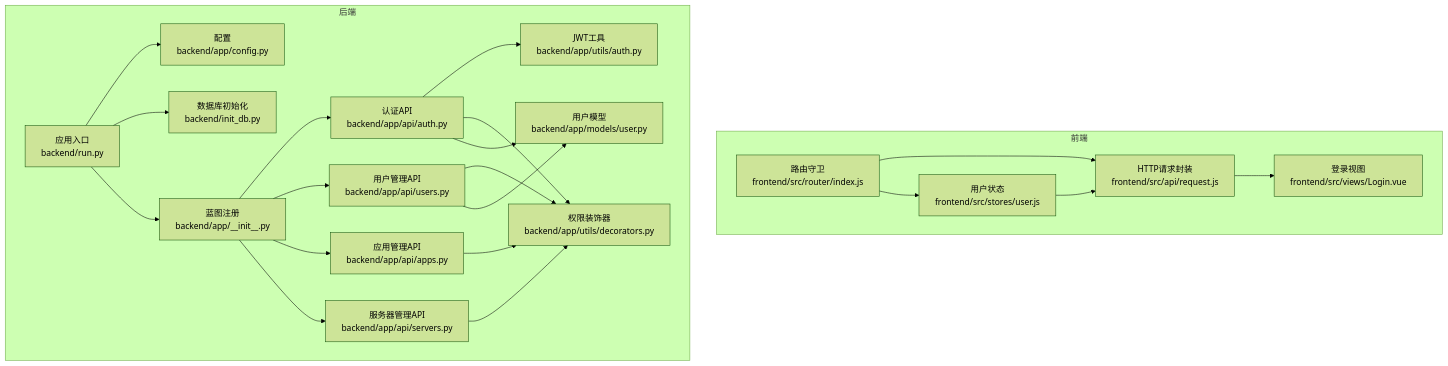
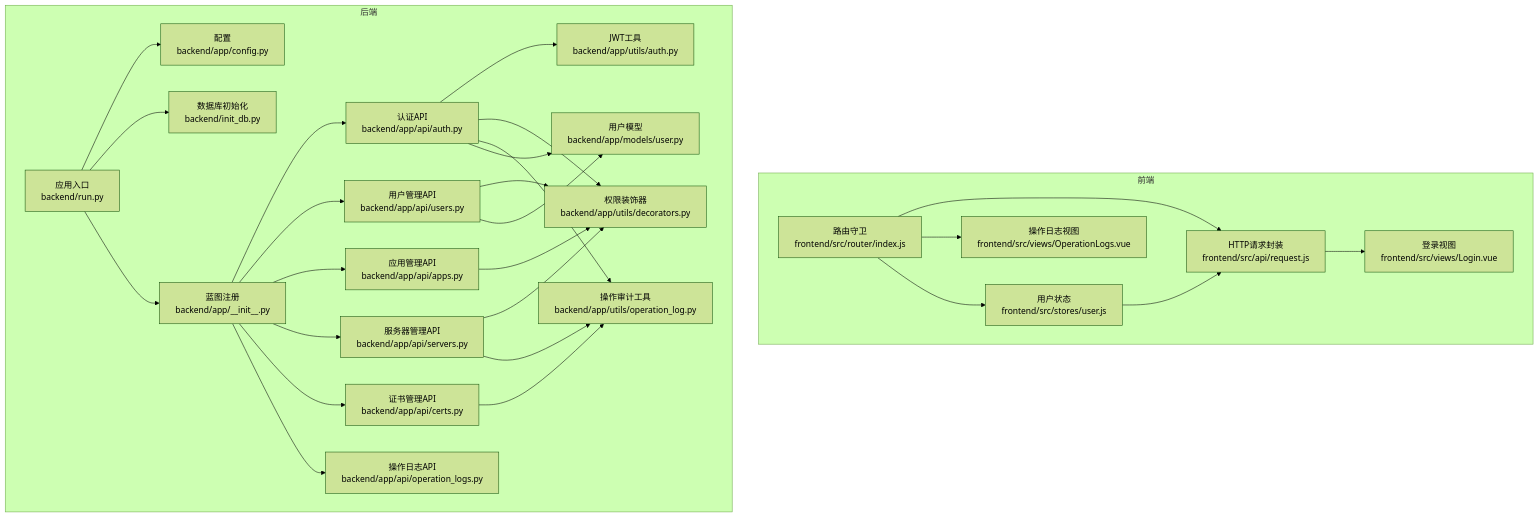
Before and after one commit to ismine3/OPS: the first of 7 diagrams in .qoder/repowiki/zh/content/安全与权限控制.md, drawn with Mermaid (forest theme). The commit also changed other lines of this file and 39 other files, not shown here.

````diff
--- a/.qoder/repowiki/zh/content/安全与权限控制.md
+++ b/.qoder/repowiki/zh/content/安全与权限控制.md
@@ -49,40 +64,50 @@
 ```mermaid
 graph TB
 subgraph "前端"
 FE_Router["路由守卫<br/>frontend/src/router/index.js"]
 FE_Store["用户状态<br/>frontend/src/stores/user.js"]
 FE_API["HTTP请求封装<br/>frontend/src/api/request.js"]
 FE_Login["登录视图<br/>frontend/src/views/Login.vue"]
+FE_OperationLogs["操作日志视图<br/>frontend/src/views/OperationLogs.vue"]
 end
 subgraph "后端"
 BE_App["应用入口<br/>backend/run.py"]
 BE_Config["配置<br/>backend/app/config.py"]
 BE_Init["数据库初始化<br/>backend/init_db.py"]
 BE_Blueprints["蓝图注册<br/>backend/app/__init__.py"]
 BE_AuthAPI["认证API<br/>backend/app/api/auth.py"]
 BE_UsersAPI["用户管理API<br/>backend/app/api/users.py"]
 BE_AppsAPI["应用管理API<br/>backend/app/api/apps.py"]
 BE_ServersAPI["服务器管理API<br/>backend/app/api/servers.py"]
+BE_CertsAPI["证书管理API<br/>backend/app/api/certs.py"]
+BE_OperationLogsAPI["操作日志API<br/>backend/app/api/operation_logs.py"]
 BE_AuthUtils["JWT工具<br/>backend/app/utils/auth.py"]
 BE_Decorators["权限装饰器<br/>backend/app/utils/decorators.py"]
+BE_OperationLogUtils["操作审计工具<br/>backend/app/utils/operation_log.py"]
 BE_UserModel["用户模型<br/>backend/app/models/user.py"]
 end
 FE_Router --> FE_Store
 FE_API --> FE_Login
 FE_Router --> FE_API
 FE_Store --> FE_API
+FE_Router --> FE_OperationLogs
 BE_App --> BE_Config
 BE_App --> BE_Init
 BE_App --> BE_Blueprints
 BE_Blueprints --> BE_AuthAPI
 BE_Blueprints --> BE_UsersAPI
 BE_Blueprints --> BE_AppsAPI
 BE_Blueprints --> BE_ServersAPI
+BE_Blueprints --> BE_CertsAPI
+BE_Blueprints --> BE_OperationLogsAPI
 BE_AuthAPI --> BE_AuthUtils
 BE_AuthAPI --> BE_Decorators
+BE_AuthAPI --> BE_OperationLogUtils
 BE_UsersAPI --> BE_Decorators
 BE_AppsAPI --> BE_Decorators
 BE_ServersAPI --> BE_Decorators
+BE_ServersAPI --> BE_OperationLogUtils
+BE_CertsAPI --> BE_OperationLogUtils
 BE_AuthAPI --> BE_UserModel
 BE_UsersAPI --> BE_UserModel
 ```
````
